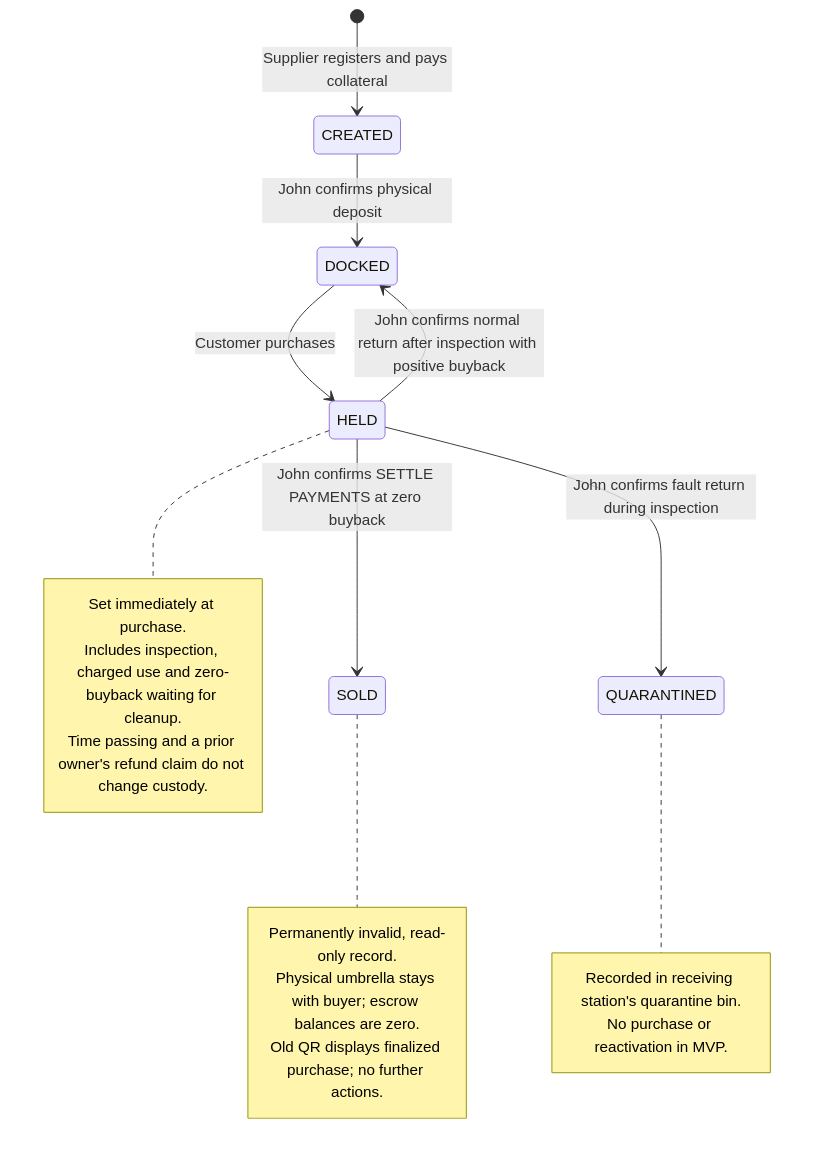
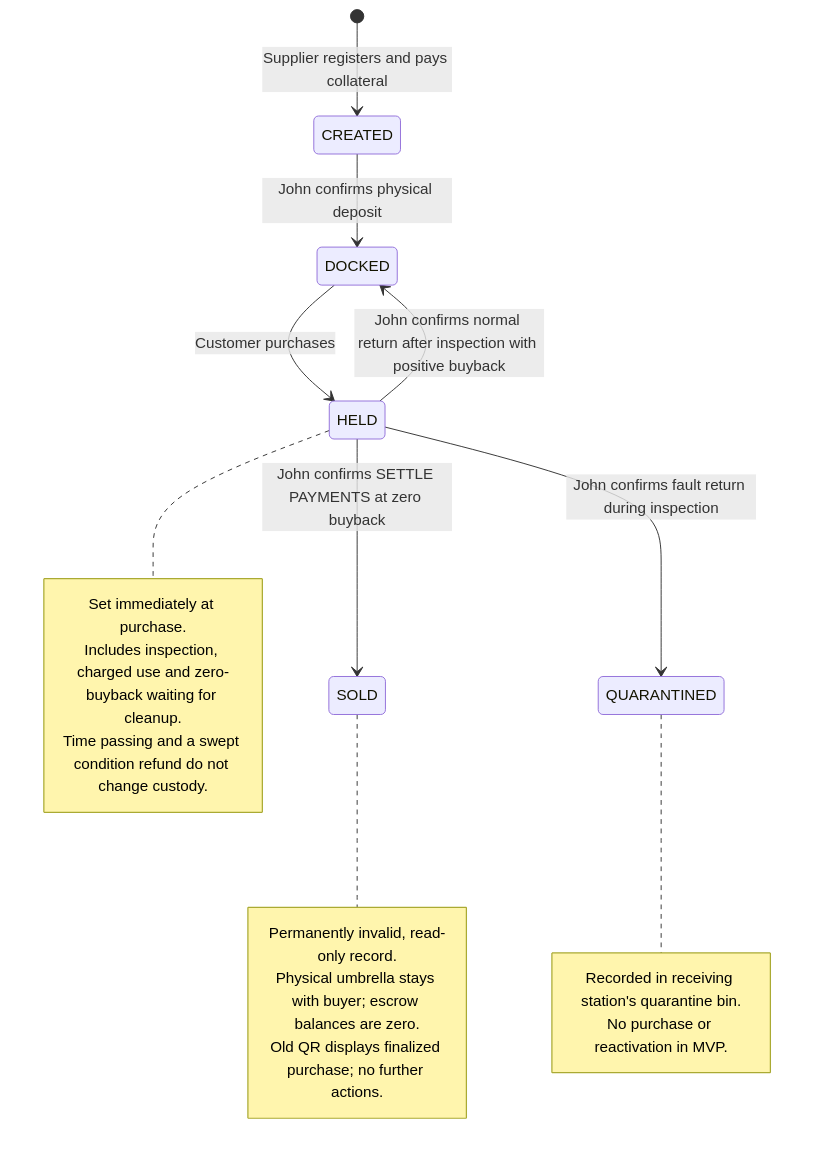
Before and after one commit to towa-hi/sui-kirisame: the eighth of 10 diagrams in docs/project-flows.md, drawn with Mermaid. The commit also changed other lines of this file and 5 other files, not shown here.

````diff
--- a/docs/project-flows.md
+++ b/docs/project-flows.md
@@ -190,24 +190,24 @@
 ```mermaid
 stateDiagram-v2
     [*] --> CREATED: Supplier registers and pays collateral
     CREATED --> DOCKED: John confirms physical deposit
     DOCKED --> HELD: Customer purchases
     HELD --> QUARANTINED: John confirms fault return during inspection
     HELD --> DOCKED: John confirms normal return after inspection with positive buyback
     HELD --> SOLD: John confirms SETTLE PAYMENTS at zero buyback
 
     note right of HELD
         Set immediately at purchase.
         Includes inspection, charged use and zero-buyback waiting for cleanup.
-        Time passing and a prior owner's refund claim do not change custody.
+        Time passing and a swept condition refund do not change custody.
     end note
     note right of SOLD
         Permanently invalid, read-only record.
         Physical umbrella stays with buyer; escrow balances are zero.
         Old QR displays finalized purchase; no further actions.
     end note
     note right of QUARANTINED
         Recorded in receiving station's quarantine bin.
         No purchase or reactivation in MVP.
     end note
 ```
````
